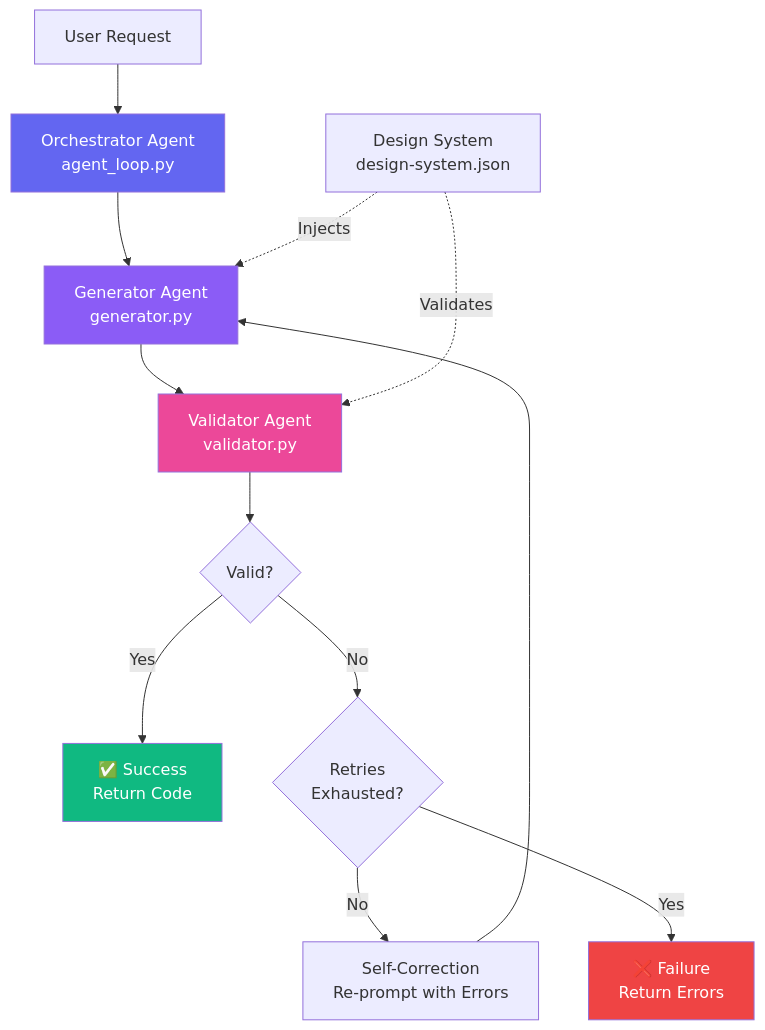
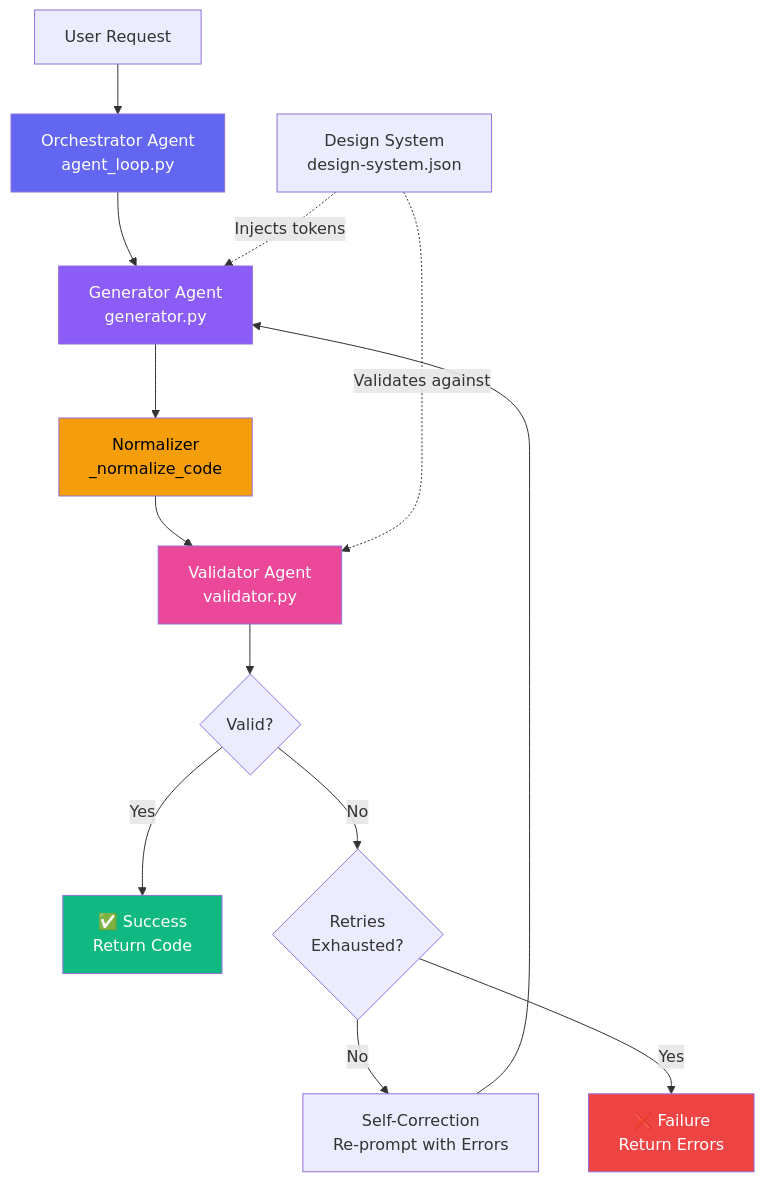
The first of 4 diagrams in README.md (saikiranpulagalla/governed-angular-ui-generator), drawn with Mermaid before and after one commit. The commit also changed other lines of this file and 9 other files, not shown here.

````diff
--- a/README.md
+++ b/README.md
@@ -40,21 +47,23 @@
 ```mermaid
 graph TD
     A[User Request] --> B[Orchestrator Agent<br/>agent_loop.py]
     B --> C[Generator Agent<br/>generator.py]
-    C --> D[Validator Agent<br/>validator.py]
+    C --> N[Normalizer<br/>_normalize_code]
+    N --> D[Validator Agent<br/>validator.py]
     D --> E{Valid?}
     E -->|Yes| F[✅ Success<br/>Return Code]
     E -->|No| G{Retries<br/>Exhausted?}
     G -->|No| H[Self-Correction<br/>Re-prompt with Errors]
     H --> C
     G -->|Yes| I[❌ Failure<br/>Return Errors]
-    
-    J[Design System<br/>design-system.json] -.->|Injects| C
-    J -.->|Validates| D
-    
+
+    J[Design System<br/>design-system.json] -.->|Injects tokens| C
+    J -.->|Validates against| D
+
     style B fill:#6366f1,color:#fff
     style C fill:#8b5cf6,color:#fff
+    style N fill:#f59e0b,color:#000
     style D fill:#ec4899,color:#fff
     style F fill:#10b981,color:#fff
     style I fill:#ef4444,color:#fff
 ```
````
